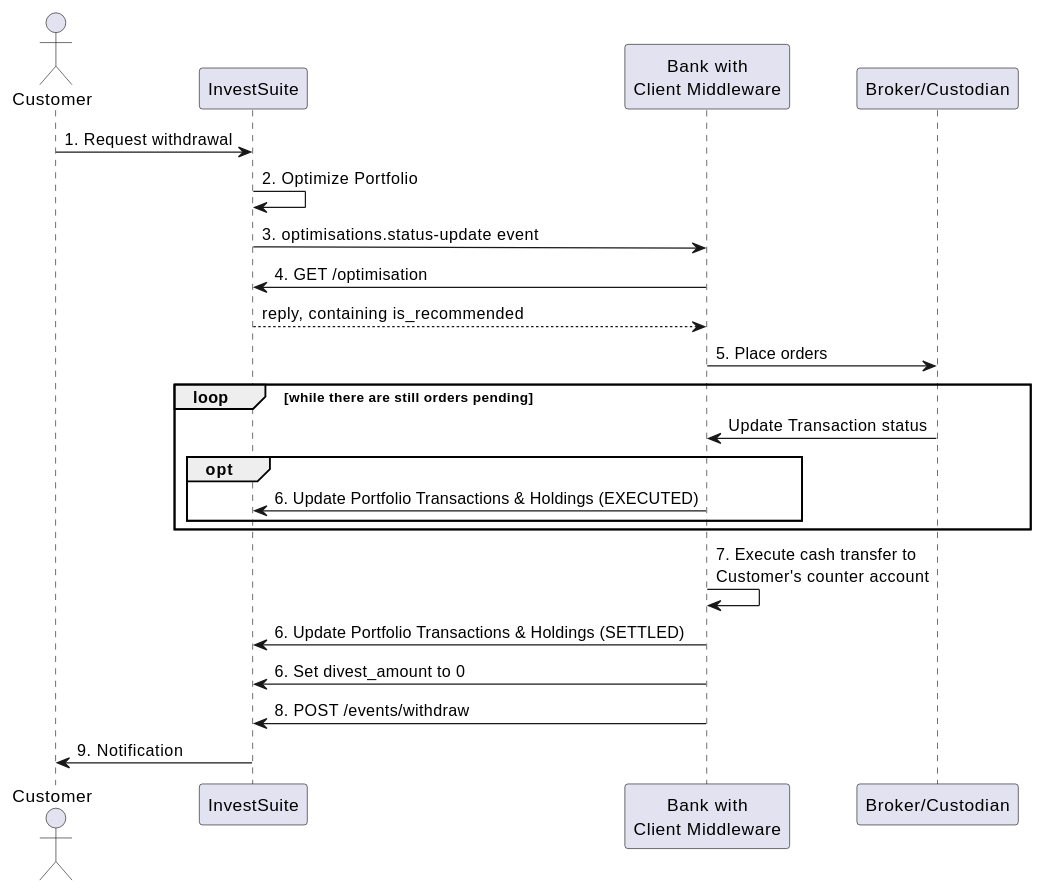
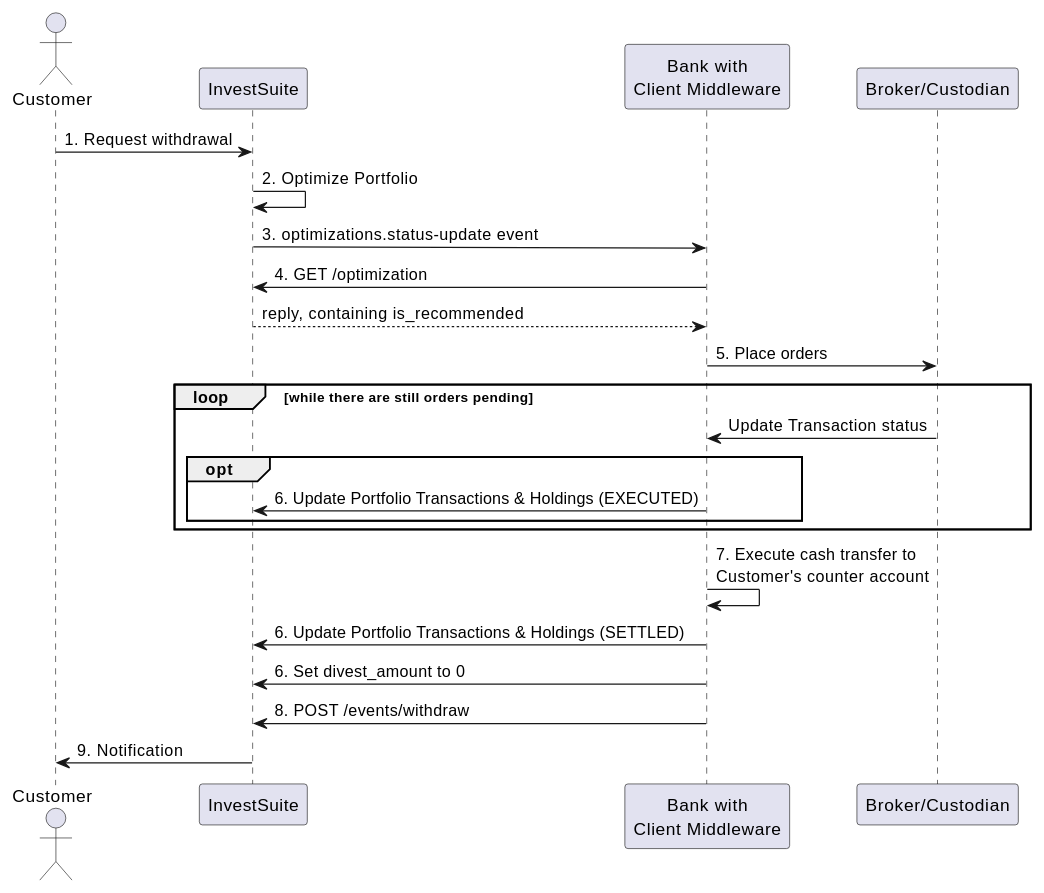
The diagram in docs/scenarios/cash_movements-robo-withdrawal-old.md (arcilli/investsuite-api-docs), drawn with PlantUML before and after one commit. The commit also changed other lines of this file and 3 other files, not shown here.

````diff
--- a/docs/scenarios/cash_movements-robo-withdrawal-old.md
+++ b/docs/scenarios/cash_movements-robo-withdrawal-old.md
@@ -29,27 +27,27 @@
 ```plantuml
     actor "Customer" as _cus
     participant "InvestSuite" as _ivs
     participant "Bank with\nClient Middleware" as _cmw
     participant "Broker/Custodian" as _bc
 
     _cus->_ivs:1. Request withdrawal
     _ivs->_ivs:2. Optimize Portfolio
-    _ivs->(1)_cmw: 3. optimisations.status-update event
-    _ivs<-_cmw: 4. GET /optimisation
+    _ivs->(1)_cmw: 3. optimizations.status-update event
+    _ivs<-_cmw: 4. GET /optimization
     _ivs-->_cmw:reply, containing is_recommended
     _cmw->_bc:5. Place orders
 
     loop while there are still orders pending
     _cmw<-_bc: Update Transaction status
     opt
     _ivs<-_cmw:6. Update Portfolio Transactions & Holdings (EXECUTED)
     end
     end
 
 
     _cmw->_cmw:7. Execute cash transfer to\nCustomer's counter account
     _ivs<-_cmw:6. Update Portfolio Transactions & Holdings (SETTLED)
     _cmw->_ivs:6. Set divest_amount to 0
     _ivs<-_cmw:8. POST /events/withdraw
     _cus <-_ivs:9. Notification
 ```
````
